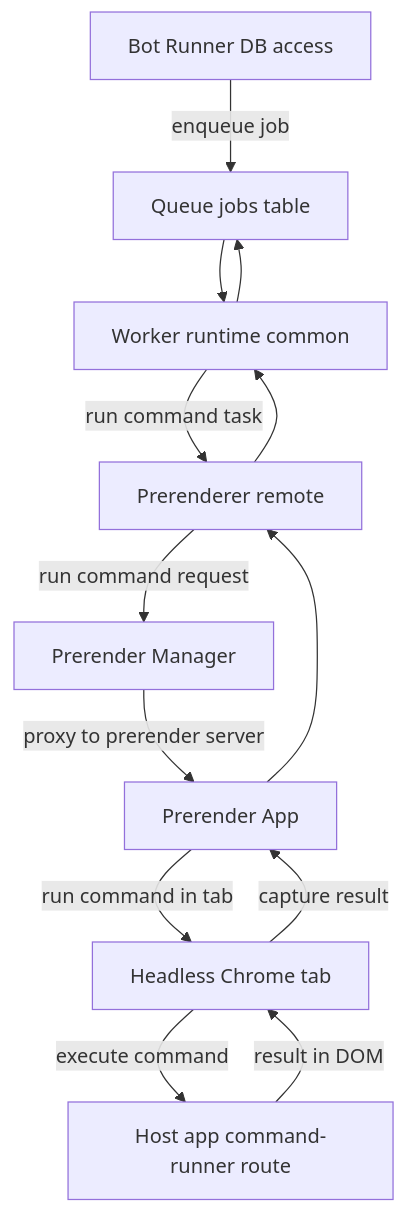
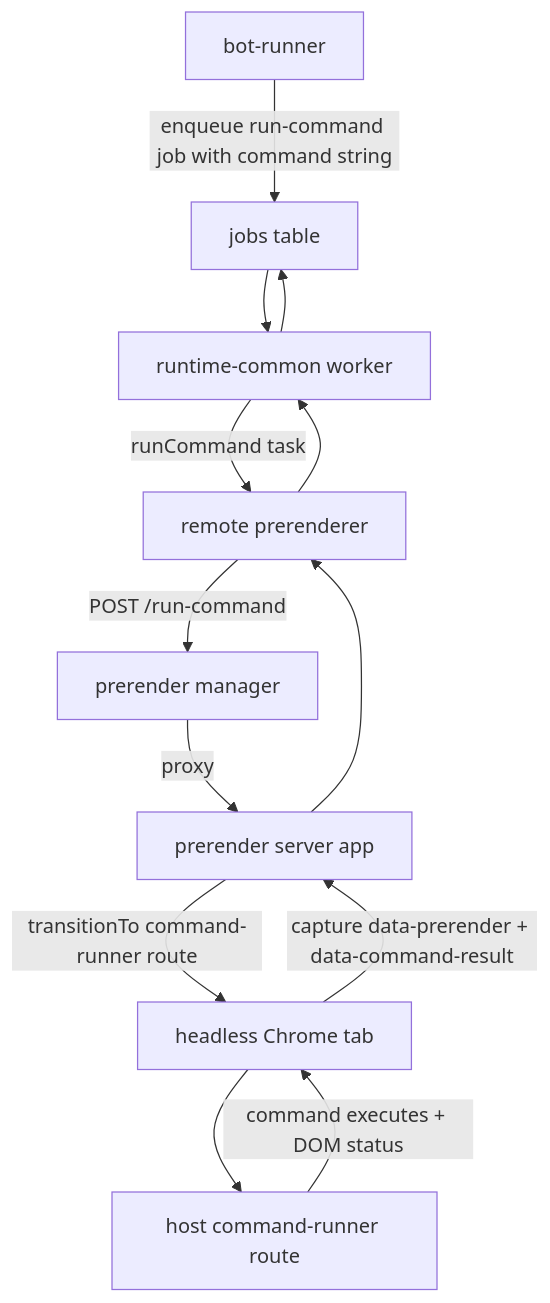
Before and after one commit to cardstack/boxel: the second of 2 diagrams in docs/commands-in-headless-chrome.md, drawn with Mermaid. The commit also changed other lines of this file, not shown here.

````diff
--- a/docs/commands-in-headless-chrome.md
+++ b/docs/commands-in-headless-chrome.md
@@ -35,17 +32,17 @@
 ```mermaid
 flowchart TD
 
-    A["Bot Runner DB access"] -->|enqueue job| B["Queue jobs table"]
-    B --> C["Worker runtime common"]
-    C -->|run command task| D["Prerenderer remote"]
-    D -->|run command request| E["Prerender Manager"]
-    E -->|proxy to prerender server| F["Prerender App"]
-    F -->|run command in tab| G["Headless Chrome tab"]
-    G -->|execute command| H["Host app command-runner route"]
-    H -->|result in DOM| G
-    G -->|capture result| F
+    A["bot-runner"]
+    A -->|enqueue run-command job with command string| B["jobs table"]
+    B --> C["runtime-common worker"]
+    C -->|runCommand task| D["remote prerenderer"]
+    D -->|POST /run-command| E["prerender manager"]
+    E -->|proxy| F["prerender server app"]
+    F -->|transitionTo command-runner route| G["headless Chrome tab"]
+    G --> H["host command-runner route"]
+    H -->|command executes + DOM status| G
+    G -->|capture data-prerender + data-command-result| F
     F --> D
     D --> C
     C --> B
-
 ```
````
